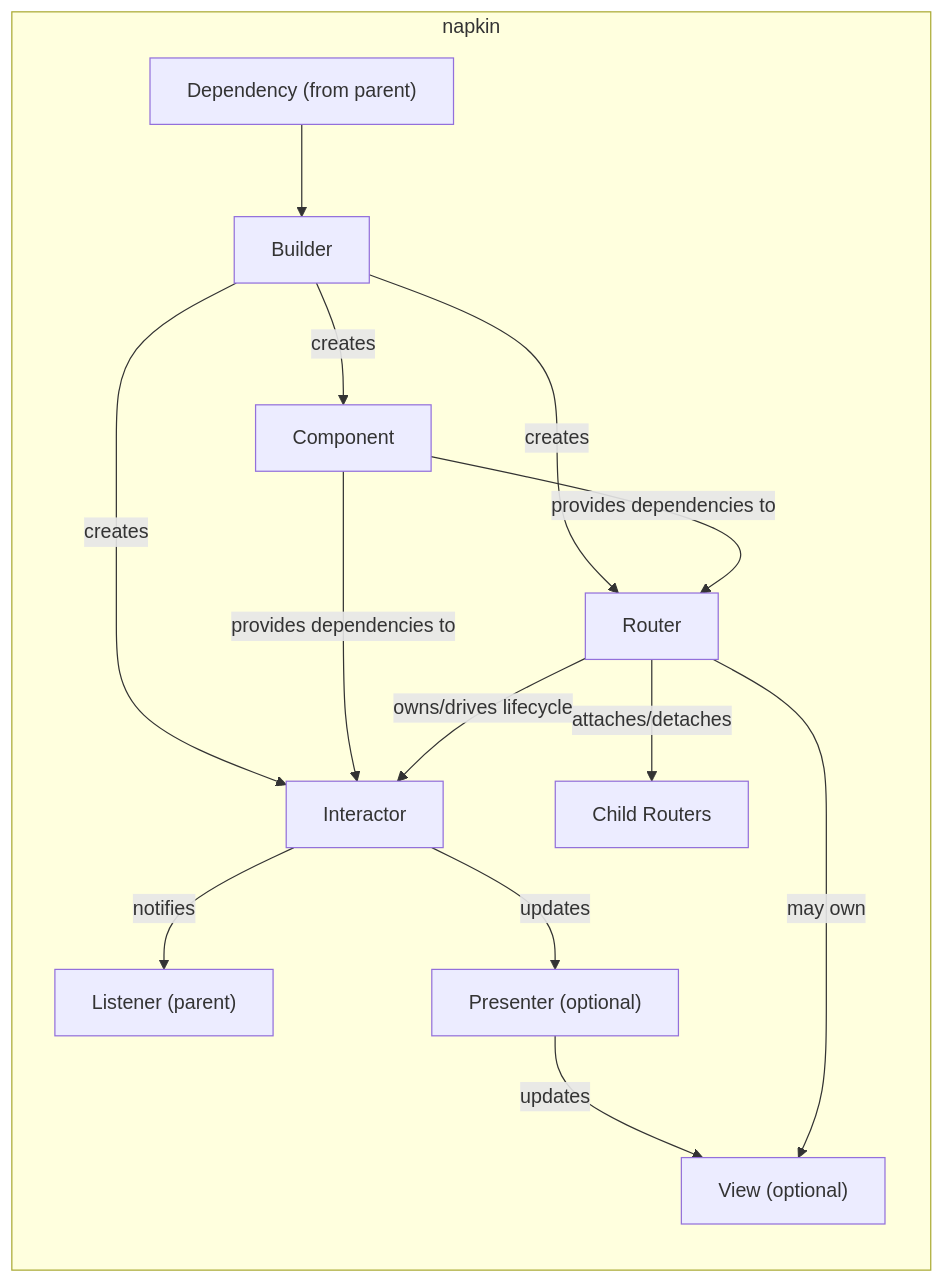
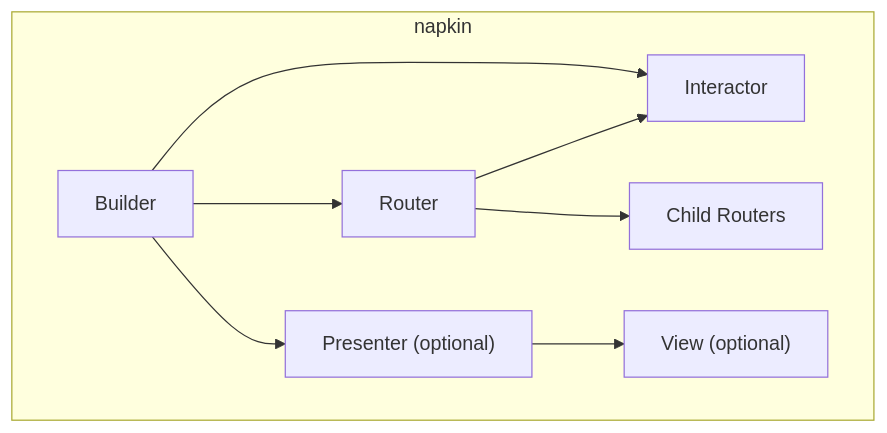
Before and after one commit to WikipediaBrown/napkin: the diagram in README.md, drawn with Mermaid.

Commit message:
updated diagrams in readme

````diff
--- a/README.md
+++ b/README.md
@@ -61,18 +61,11 @@
 ```mermaid
 flowchart TB
     subgraph napkin["napkin"]
-        direction TB
-        Dependency["Dependency (from parent)"] --> Builder
-        Builder -- creates --> Component
-        Builder -- creates --> Interactor
-        Builder -- creates --> Router
-        Component -- provides dependencies to --> Interactor
-        Component -- provides dependencies to --> Router
-        Router -- owns/drives lifecycle --> Interactor
-        Router -- attaches/detaches --> ChildRouters["Child Routers"]
-        Interactor -- notifies --> Listener["Listener (parent)"]
-        Interactor -- updates --> Presenter["Presenter (optional)"]
-        Presenter -- updates --> View["View (optional)"]
-        Router -- may own --> View
+        Builder --> Router
+        Builder --> Interactor
+        Builder --> Presenter["Presenter (optional)"]
+        Router --> Interactor
+        Router --> Children["Child Routers"]
+        Presenter --> View["View (optional)"]
     end
 ```
````
